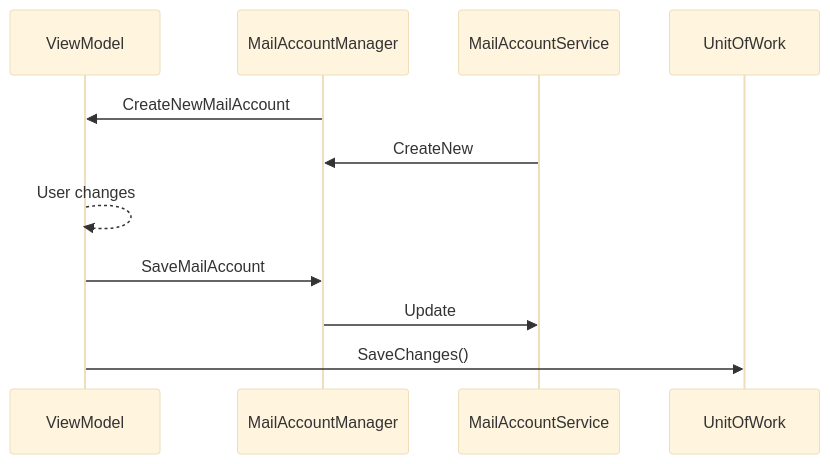
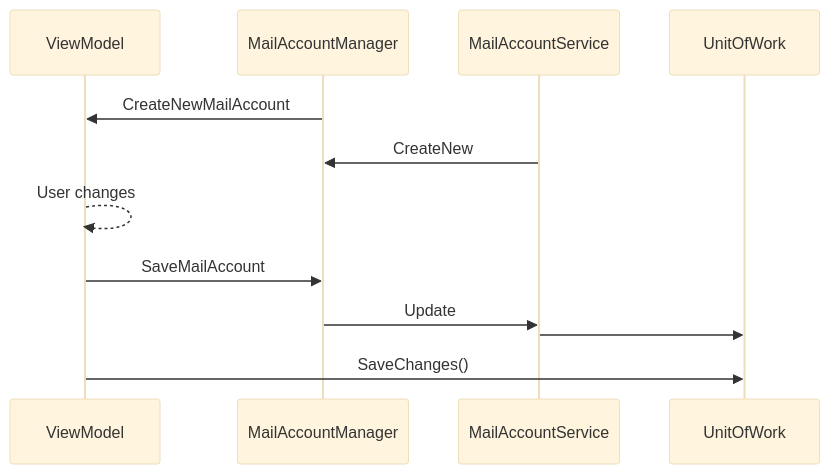
The diagram in Documentation/Settings.md (jan-schubert/Mailie), drawn with Mermaid (base theme) before and after one commit. The commit also changed other lines of this file, not shown here.

````diff
--- a/Documentation/Settings.md
+++ b/Documentation/Settings.md
@@ -4,14 +4,15 @@
 ```mermaid
 sequenceDiagram
 participant ViewModel
 participant MailAccountManager
 participant MailAccountService
 participant UnitOfWork
 
 MailAccountManager->>ViewModel: CreateNewMailAccount
 MailAccountService->>MailAccountManager: CreateNew
 ViewModel-->>ViewModel: User changes
 ViewModel->>MailAccountManager: SaveMailAccount
 MailAccountManager->>MailAccountService: Update
+MailAccountService->>UnitOfWork: 
 ViewModel->>UnitOfWork: SaveChanges()
 ```
````
